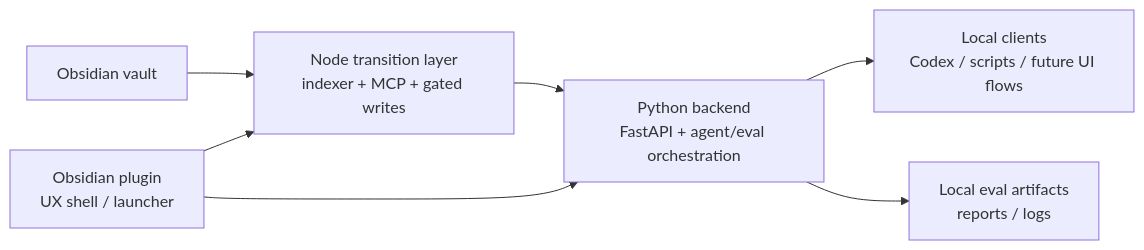
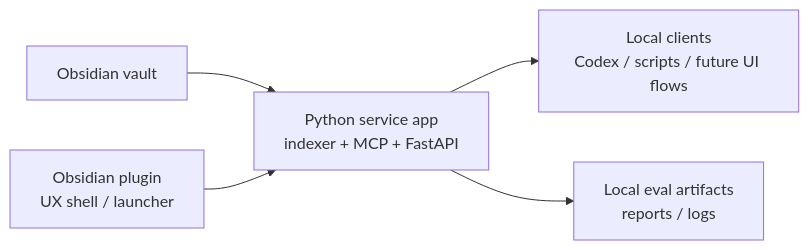
The diagram in docs/architecture/python-first-local-agent-backend.md (maehwasoo/AILSS), drawn with Mermaid before and after one commit. The commit also changed other lines of this file and 130 other files, not shown here.

````diff
--- a/docs/architecture/python-first-local-agent-backend.md
+++ b/docs/architecture/python-first-local-agent-backend.md
@@ -50,16 +44,13 @@
 ```mermaid
 flowchart LR
   vault["Obsidian vault"]
   plugin["Obsidian plugin<br/>UX shell / launcher"]
-  node["Node transition layer<br/>indexer + MCP + gated writes"]
-  python["Python backend<br/>FastAPI + agent/eval orchestration"]
+  python["Python service app<br/>indexer + MCP + FastAPI"]
   clients["Local clients<br/>Codex / scripts / future UI flows"]
   eval["Local eval artifacts<br/>reports / logs"]
 
-  vault --> node
-  plugin --> node
+  vault --> python
   plugin --> python
-  node --> python
   python --> clients
   python --> eval
 ```
````
